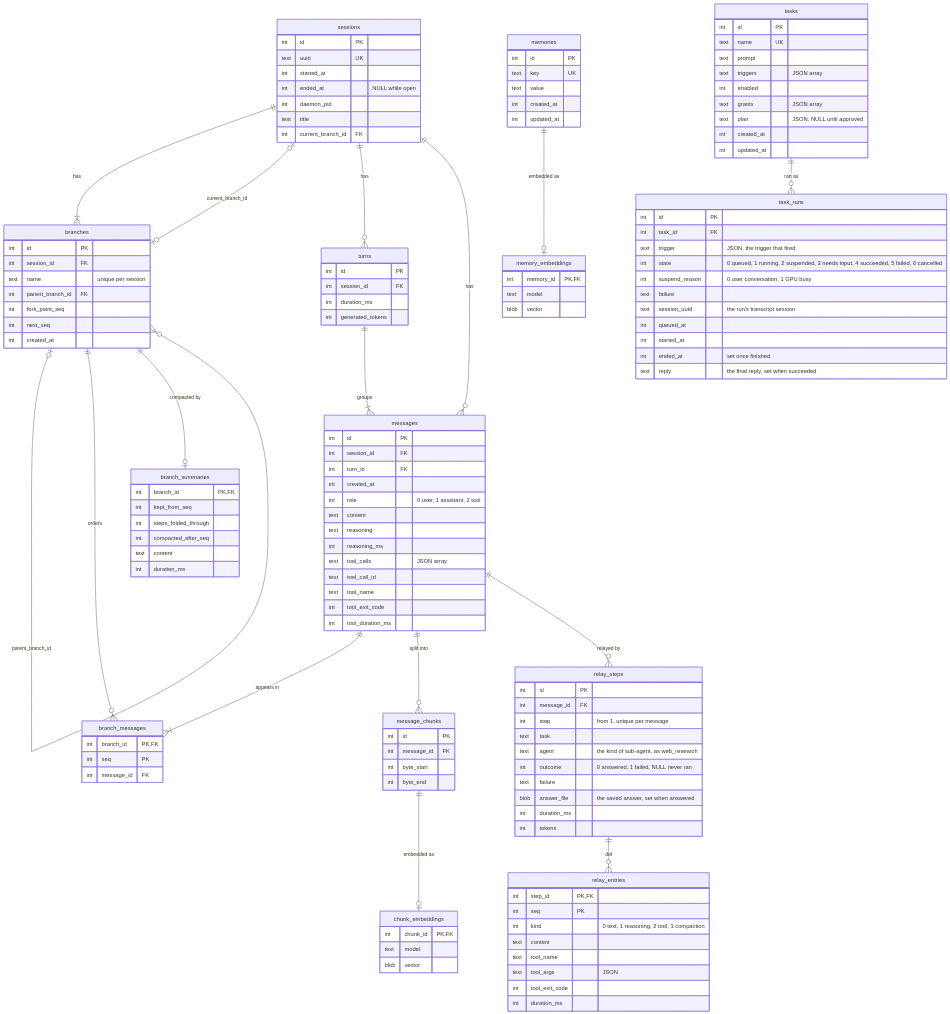
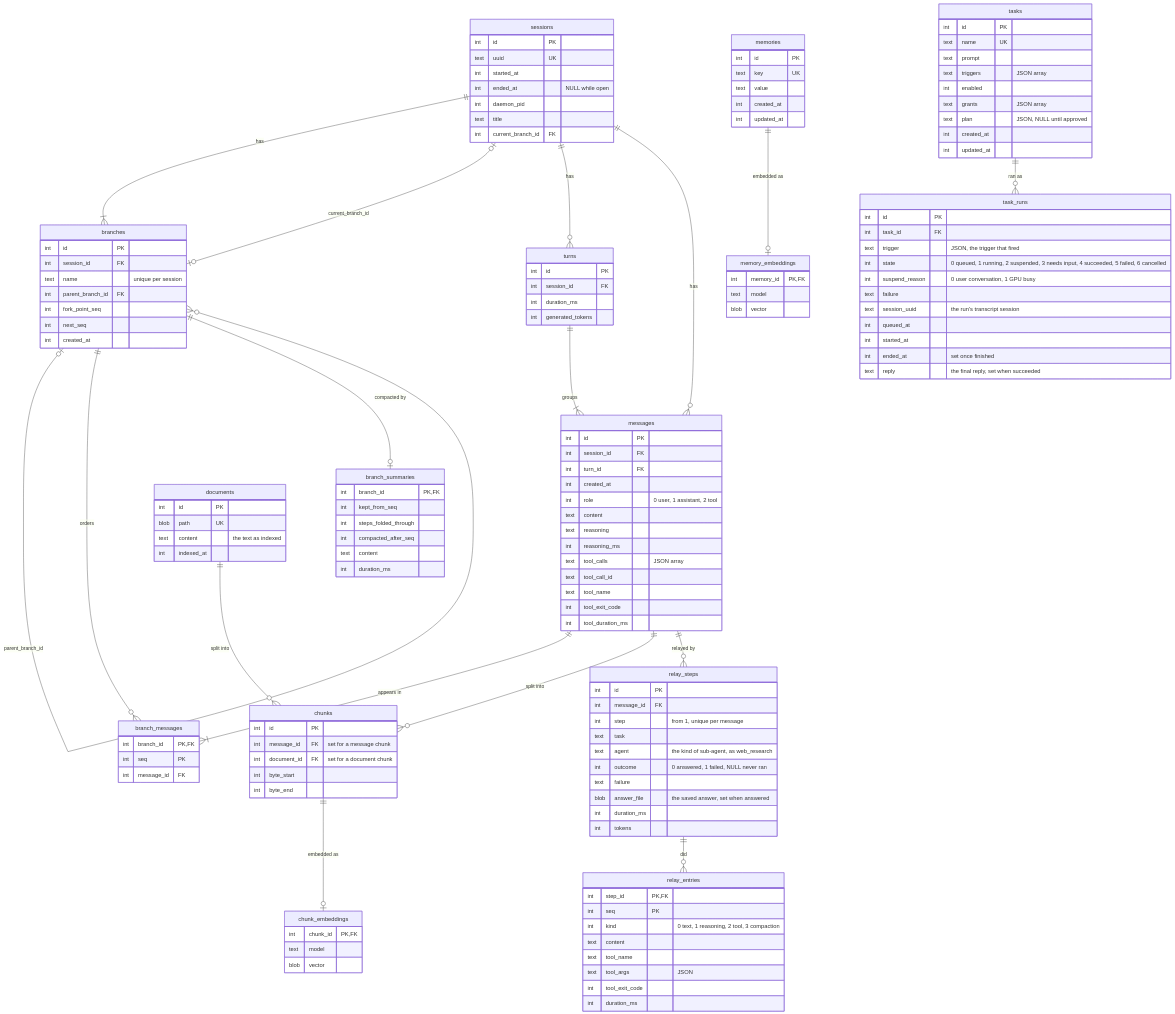
One commit to gnolruf/assistd changed the diagram in docs/database.md. Above: the diagram before and after it, drawn with Mermaid. The commit also changed other lines of this file and 15 other files, not shown here.

First line of the commit message:
Generalize the chunk index so documents can own chunks beside chat messages (#697)

```diff
--- a/docs/database.md
+++ b/docs/database.md
@@ -19,10 +19,11 @@
     branches ||--o{ branch_messages : "orders"
     messages ||--|{ branch_messages : "appears in"
     branches ||--o| branch_summaries : "compacted by"
-    messages ||--o{ message_chunks : "split into"
+    messages ||--o{ chunks : "split into"
+    documents ||--o{ chunks : "split into"
     messages ||--o{ relay_steps : "relayed by"
     relay_steps ||--o{ relay_entries : "did"
-    message_chunks ||--o| chunk_embeddings : "embedded as"
+    chunks ||--o| chunk_embeddings : "embedded as"
     memories ||--o| memory_embeddings : "embedded as"
     tasks ||--o{ task_runs : "ran as"
 
@@ -107,9 +108,16 @@
         int created_at
         int updated_at
     }
-    message_chunks {
+    documents {
         int id PK
-        int message_id FK
+        blob path UK
+        text content "the text as indexed"
+        int indexed_at
+    }
+    chunks {
+        int id PK
+        int message_id FK "set for a message chunk"
+        int document_id FK "set for a document chunk"
         int byte_start
         int byte_end
     }
```
